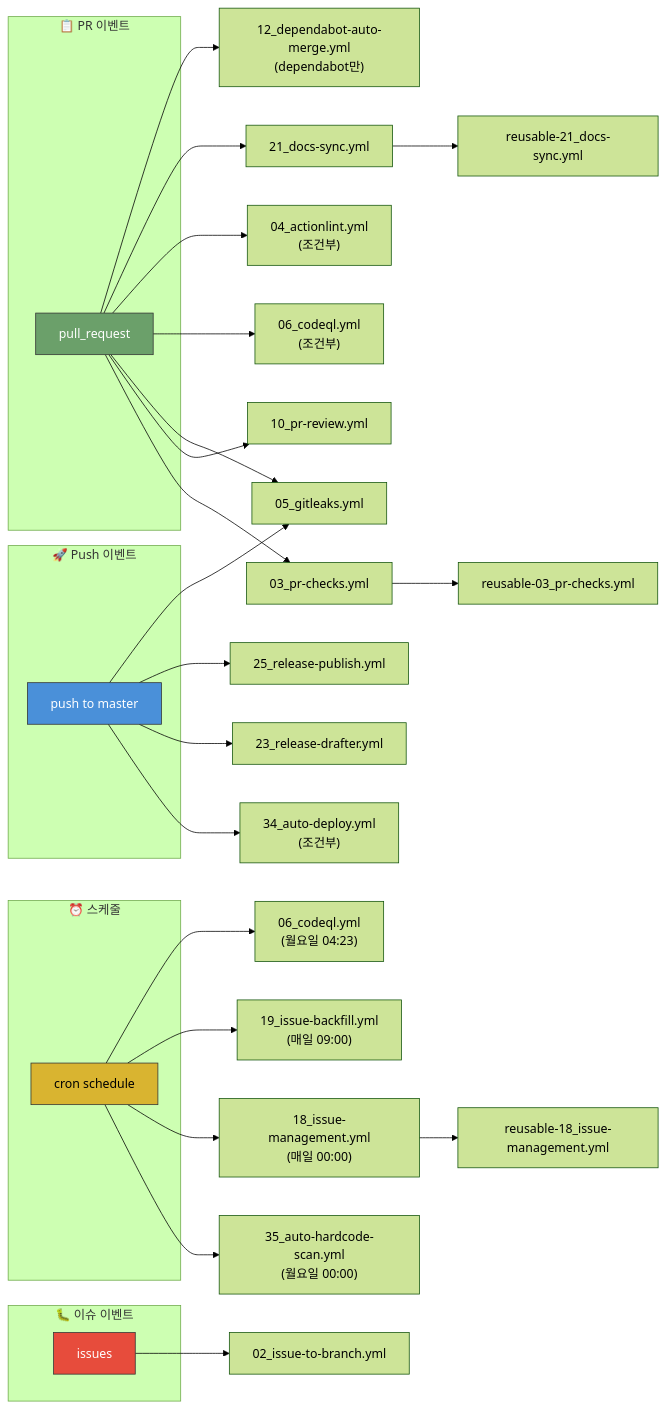
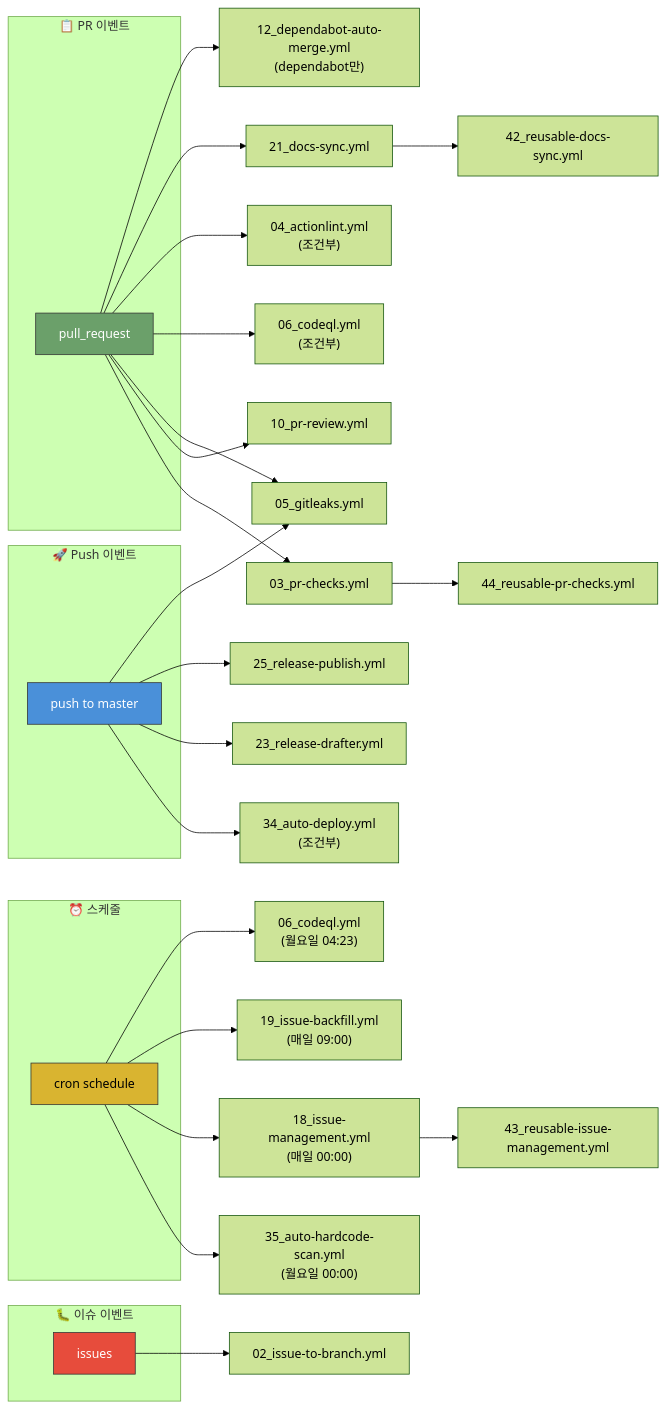
One commit to jclee941/.github changed the seventh of 10 diagrams in docs/architecture.md. Above: the diagram before and after it, drawn with Mermaid (forest theme). The commit also changed 2 other files, not shown here.

Commit message:
docs: fix sed-corrupted workflow references and stray EOF lines
- AGENTS.md: remove stray garbage lines (pos, 396#MS) at EOF;
  pr-review.yml:141 -> 10_pr-review.yml:141 for consistency
- architecture.md + git-workflow-gap-analysis.md: fix reusable workflow
  names mangled by prefix substitution (reusable-03_pr-checks.yml ->
  44_reusable-pr-checks.yml, reusable-21_docs-sync.yml ->
  42_reusable-docs-sync.yml, reusable-18_issue-management.yml ->
  43_reusable-issue-management.yml)

````diff
--- a/docs/architecture.md
+++ b/docs/architecture.md
@@ -310,47 +310,47 @@
 ```mermaid
 flowchart LR
     subgraph PR_Events["📋 PR 이벤트"]
         PR["pull_request"]
     end
     
     subgraph Push_Events["🚀 Push 이벤트"]
         PUSH["push to master"]
     end
     
     subgraph Schedule_Events["⏰ 스케줄"]
         CRON["cron schedule"]
     end
     
     subgraph Issue_Events["🐛 이슈 이벤트"]
         ISSUE["issues"]
     end
     
     PR --> PR_CHECK["03_pr-checks.yml"]
     PR --> PR_REVIEW["10_pr-review.yml"]
     PR --> GITLEAKS["05_gitleaks.yml"]
     PR --> CODEQL["06_codeql.yml<br/>(조건부)"]
     PR --> ACTIONLINT["04_actionlint.yml<br/>(조건부)"]
     PR --> DOCS["21_docs-sync.yml"]
     PR --> DEPENDABOT["12_dependabot-auto-merge.yml<br/>(dependabot만)"]
     
     PUSH --> AUTO_DEPLOY["34_auto-deploy.yml<br/>(조건부)"]
     PUSH --> RELEASE_D["23_release-drafter.yml"]
     PUSH --> RELEASE_P["25_release-publish.yml"]
     PUSH --> GITLEAKS
     
     CRON --> HARDSCAN["35_auto-hardcode-scan.yml<br/>(월요일 00:00)"]
     CRON --> ISSUE_MGMT["18_issue-management.yml<br/>(매일 00:00)"]
     CRON --> ISSUE_BACK["19_issue-backfill.yml<br/>(매일 09:00)"]
     CRON --> CODEQL_S["06_codeql.yml<br/>(월요일 04:23)"]
     
     ISSUE --> ISSUE_BRANCH["02_issue-to-branch.yml"]
     
-    PR_CHECK --> REUSABLE1["reusable-03_pr-checks.yml"]
-    DOCS --> REUSABLE2["reusable-21_docs-sync.yml"]
-    ISSUE_MGMT --> REUSABLE3["reusable-18_issue-management.yml"]
+    PR_CHECK --> REUSABLE1["44_reusable-pr-checks.yml"]
+    DOCS --> REUSABLE2["42_reusable-docs-sync.yml"]
+    ISSUE_MGMT --> REUSABLE3["43_reusable-issue-management.yml"]
     
     style PR fill:#6ba06a,stroke:#333,color:#fff
     style PUSH fill:#4a90d9,stroke:#333,color:#fff
     style CRON fill:#d9b430,stroke:#333,color:#000
     style ISSUE fill:#e74c3c,stroke:#333,color:#fff
 ```
````
